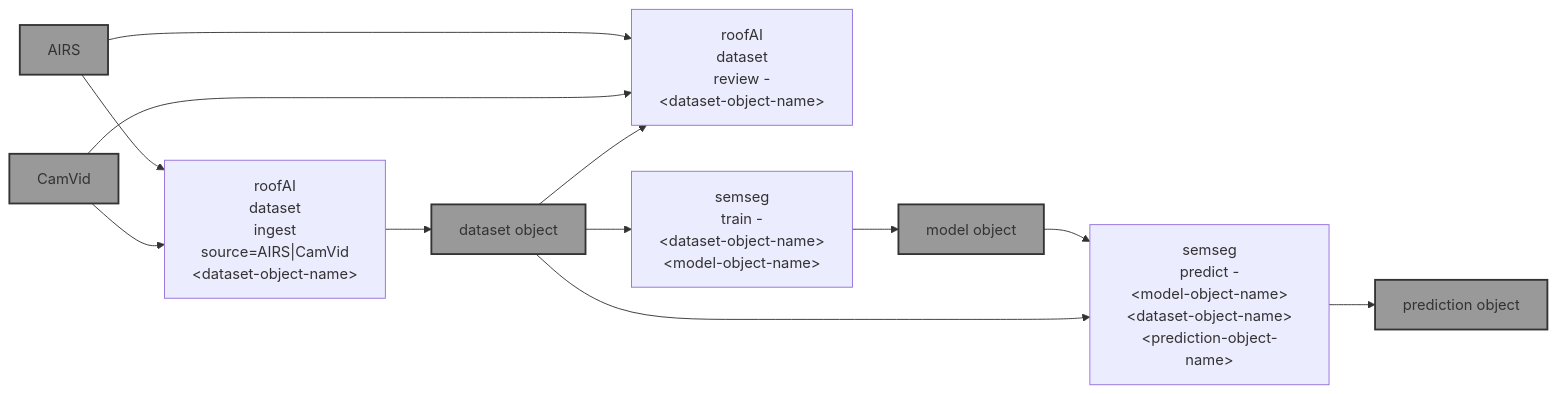
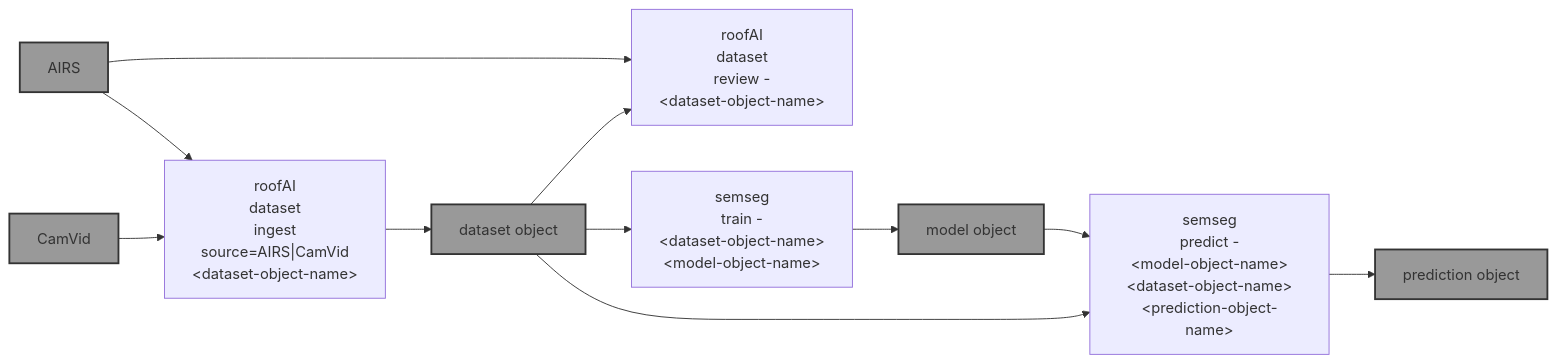
Before and after one commit to kamangir/roofAI: the diagram in README.md, drawn with Mermaid. The commit also changed other lines of this file and 2 other files, not shown here.

````diff
--- a/README.md
+++ b/README.md
@@ -9,33 +9,32 @@
 ```mermaid
 graph LR
     dataset_ingest["roofAI<br>dataset<br>ingest<br>source=AIRS|CamVid<br>&lt;dataset-object-name&gt;"]
 
     dataset_review["roofAI<br>dataset<br>review -<br>&lt;dataset-object-name&gt;"]
 
     semseg_train["semseg<br>train -<br>&lt;dataset-object-name&gt;<br>&lt;model-object-name&gt;"]
 
     semseg_predict["semseg<br>predict -<br>&lt;model-object-name&gt;<br>&lt;dataset-object-name&gt;<br>&lt;prediction-object-name&gt;<br>"]
 
     AIRS["AIRS"]:::folder
     CamVid["CamVid"]:::folder
     dataset_object_name["dataset object"]:::folder
     model_object_name["model object"]:::folder
     prediction_object_name["prediction object"]:::folder
 
     AIRS --> dataset_ingest
     CamVid --> dataset_ingest
     dataset_ingest --> dataset_object_name
 
     AIRS --> dataset_review
-    CamVid --> dataset_review
     dataset_object_name --> dataset_review
 
     dataset_object_name --> semseg_train
     semseg_train --> model_object_name
 
     model_object_name --> semseg_predict
     dataset_object_name --> semseg_predict
     semseg_predict --> prediction_object_name
 
     classDef folder fill:#999,stroke:#333,stroke-width:2px;
 ```
````
